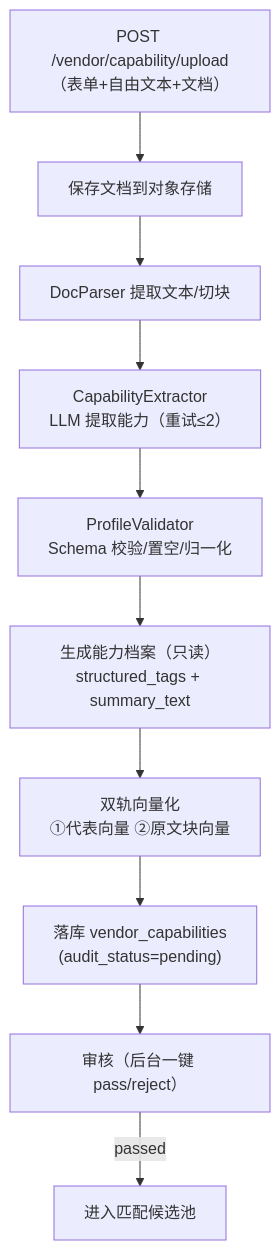
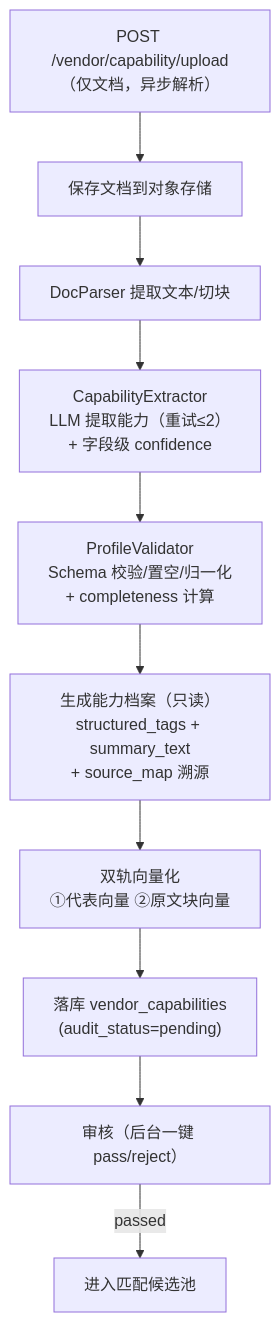
The first of 2 diagrams in doc/系统/厂商解析详细设计.md (ivgotcrazy/xmsn-demo), drawn with Mermaid before and after one commit. The commit also changed other lines of this file and 22 other files, not shown here.

````diff
--- a/doc/系统/厂商解析详细设计.md
+++ b/doc/系统/厂商解析详细设计.md
@@ -127,12 +157,12 @@
 ```mermaid
 flowchart TD
-    UP["POST /vendor/capability/upload<br/>（表单+自由文本+文档）"] --> STORE["保存文档到对象存储"]
+    UP["POST /vendor/capability/upload<br/>（仅文档，异步解析）"] --> STORE["保存文档到对象存储"]
     STORE --> PARSE["DocParser 提取文本/切块"]
-    PARSE --> LLM["CapabilityExtractor<br/>LLM 提取能力（重试≤2）"]
-    LLM --> VAL["ProfileValidator<br/>Schema 校验/置空/归一化"]
-    VAL --> PROF["生成能力档案（只读）<br/>structured_tags + summary_text"]
+    PARSE --> LLM["CapabilityExtractor<br/>LLM 提取能力（重试≤2）<br/>+ 字段级 confidence"]
+    LLM --> VAL["ProfileValidator<br/>Schema 校验/置空/归一化<br/>+ completeness 计算"]
+    VAL --> PROF["生成能力档案（只读）<br/>structured_tags + summary_text<br/>+ source_map 溯源"]
     PROF --> VEC["双轨向量化<br/>①代表向量 ②原文块向量"]
     VEC --> PG["落库 vendor_capabilities<br/>(audit_status=pending)"]
     PG --> AUDIT["审核（后台一键 pass/reject）"]
     AUDIT -->|"passed"| POOL["进入匹配候选池"]
 ```
````
